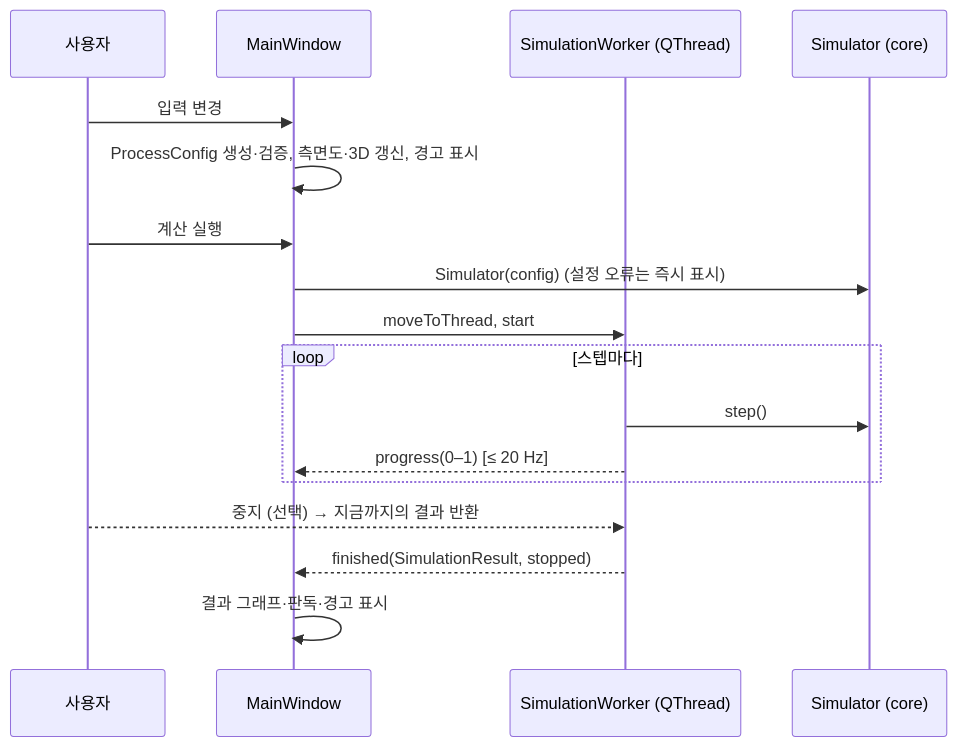
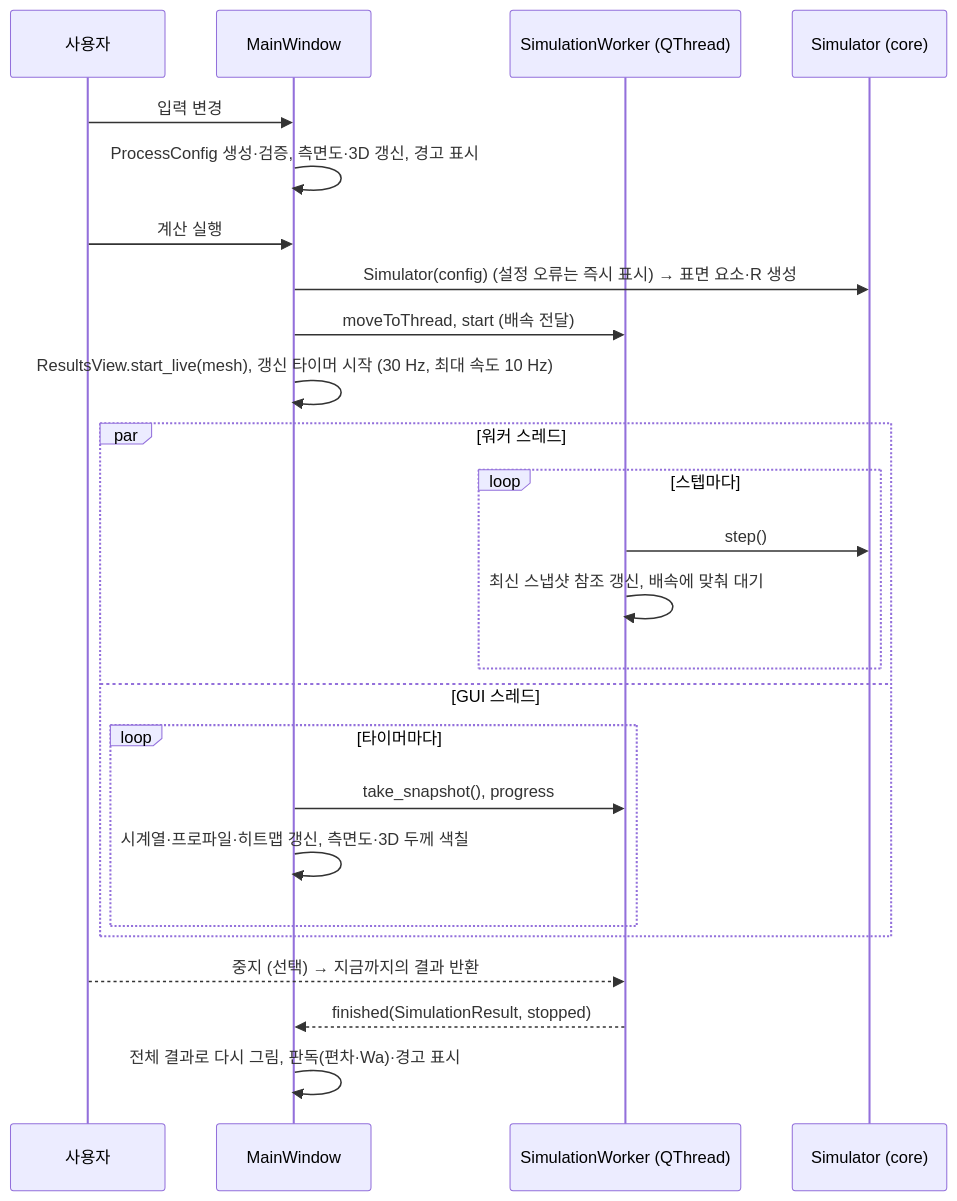
The second of 2 diagrams in docs/DESIGN.md (hyhSgithubbb/Anodizing_simulator), drawn with Mermaid before and after one commit. The commit also changed other lines of this file and 26 other files, not shown here.

````diff
--- a/docs/DESIGN.md
+++ b/docs/DESIGN.md
@@ -608,19 +673,27 @@
 ```mermaid
 sequenceDiagram
     participant U as 사용자
     participant MW as MainWindow
     participant W as SimulationWorker (QThread)
     participant S as Simulator (core)
     U->>MW: 입력 변경
     MW->>MW: ProcessConfig 생성·검증, 측면도·3D 갱신, 경고 표시
     U->>MW: 계산 실행
-    MW->>S: Simulator(config) (설정 오류는 즉시 표시)
-    MW->>W: moveToThread, start
-    loop 스텝마다
-        W->>S: step()
-        W-->>MW: progress(0–1) [≤ 20 Hz]
+    MW->>S: Simulator(config) (설정 오류는 즉시 표시) → 표면 요소·R 생성
+    MW->>W: moveToThread, start (배속 전달)
+    MW->>MW: ResultsView.start_live(mesh), 갱신 타이머 시작 (30 Hz, 최대 속도 10 Hz)
+    par 워커 스레드
+        loop 스텝마다
+            W->>S: step()
+            W->>W: 최신 스냅샷 참조 갱신, 배속에 맞춰 대기
+        end
+    and GUI 스레드
+        loop 타이머마다
+            MW->>W: take_snapshot(), progress
+            MW->>MW: 시계열·프로파일·히트맵 갱신, 측면도·3D 두께 색칠
+        end
     end
     U-->>W: 중지 (선택) → 지금까지의 결과 반환
     W-->>MW: finished(SimulationResult, stopped)
-    MW->>MW: 결과 그래프·판독·경고 표시
+    MW->>MW: 전체 결과로 다시 그림, 판독(편차·Wa)·경고 표시
 ```
````
